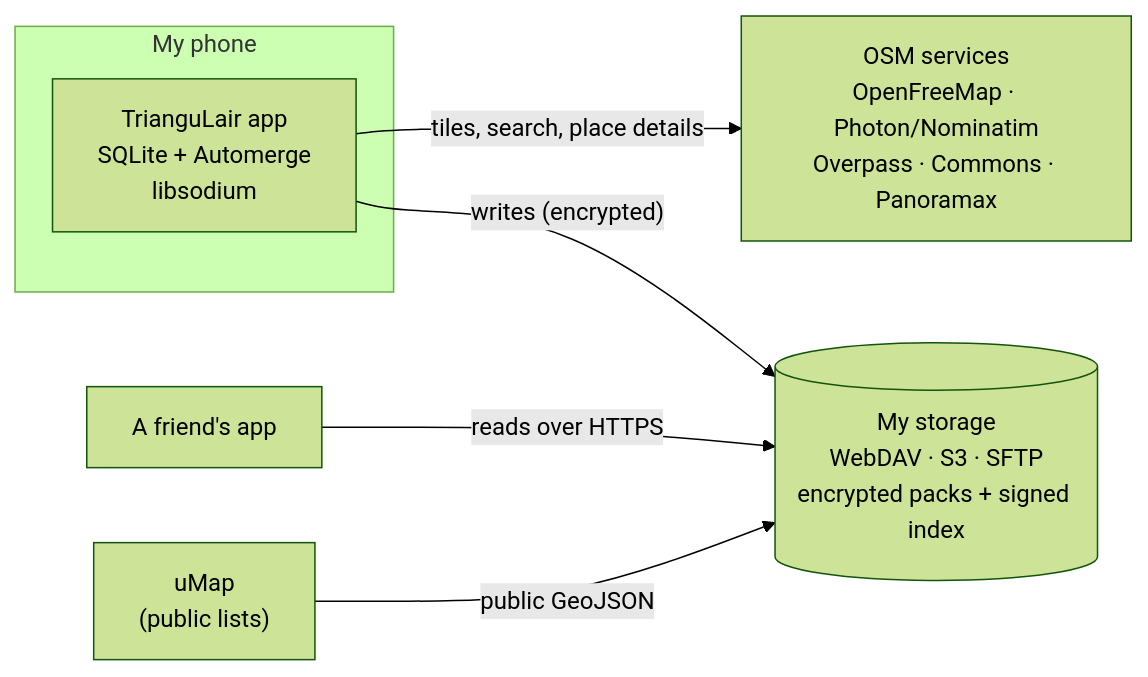
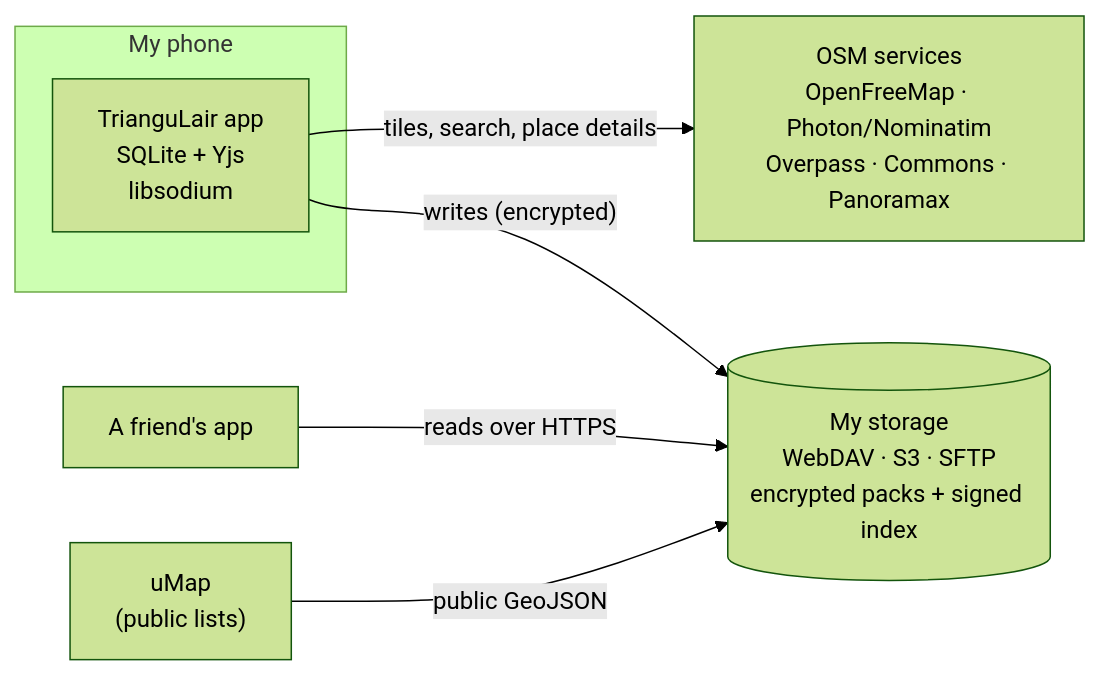
The diagram in docs/SPEC.md (ndx1905-github/TrianguLair), drawn with Mermaid (forest theme) before and after one commit. The commit also changed other lines of this file and 5 other files, not shown here.

First line of the commit message:
docs: Yjs instead of Automerge in the spec, tasks and package notes

````diff
--- a/docs/SPEC.md
+++ b/docs/SPEC.md
@@ -767,14 +767,14 @@
 ```mermaid
 flowchart LR
   subgraph Moi["My phone"]
-    App["TrianguLair app\nSQLite + Automerge\nlibsodium"]
+    App["TrianguLair app\nSQLite + Yjs\nlibsodium"]
   end
   Sto[("My storage\nWebDAV · S3 · SFTP\nencrypted packs + signed index")]
   Ami["A friend's app"]
   OSM["OSM services\nOpenFreeMap · Photon/Nominatim\nOverpass · Commons · Panoramax"]
   uMap["uMap\n(public lists)"]
   App -- "writes (encrypted)" --> Sto
   Ami -- "reads over HTTPS" --> Sto
   App -- "tiles, search, place details" --> OSM
   uMap -- "public GeoJSON" --> Sto
 ```
````
